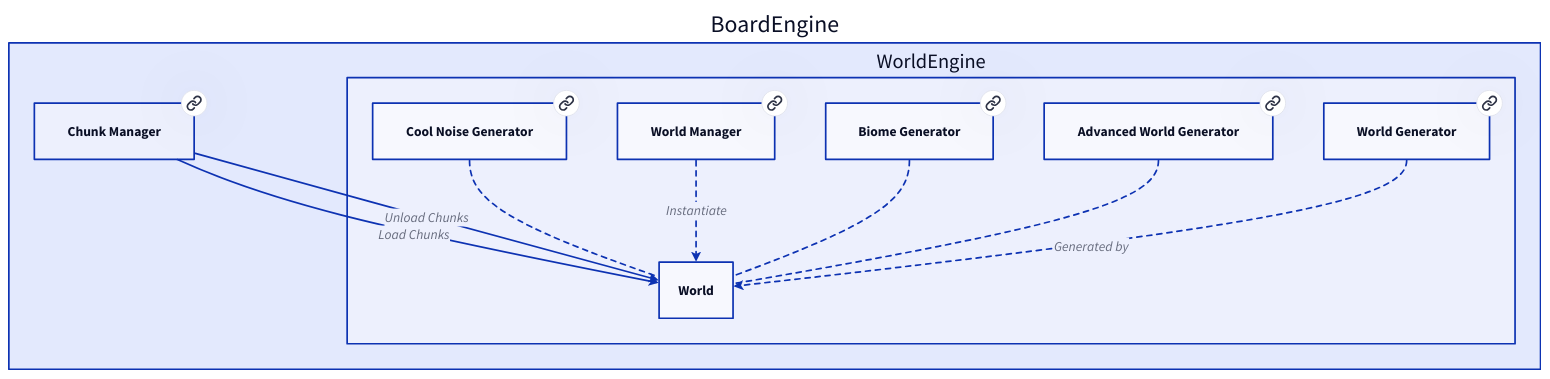
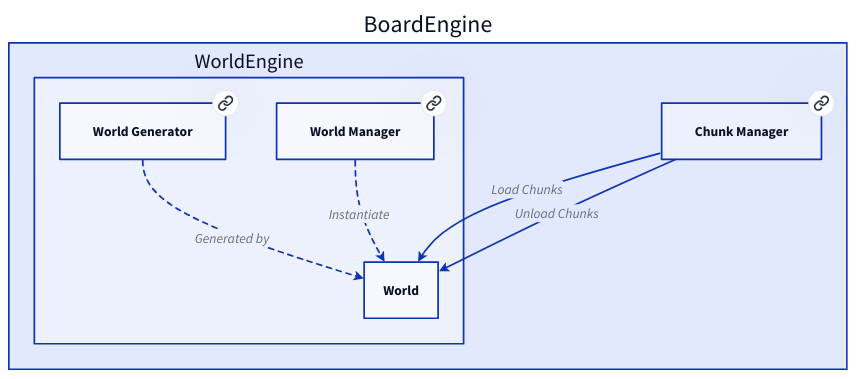
Before and after one commit to Portevent/Brume-Website: the diagram in content/doc/graphs/d2/World.d2, drawn with D2. The commit also changed 128 other files, not shown here.

```diff
--- a/content/doc/graphs/d2/World.d2
+++ b/content/doc/graphs/d2/World.d2
@@ -1,44 +1,32 @@
 # Nodes :
 BoardEngine: {
-    ChunkManager: Chunk Manager {
-       link: ChunkManager
-    }
     WorldEngine: {
-        CoolNoiseGenerator: Cool Noise Generator {
-           link: CoolNoiseGenerator
-        }
         WorldManager: World Manager {
            link: WorldManager
-        }
-        BiomeGenerator: Biome Generator {
-           link: BiomeGenerator
-        }
-        AdvancedWorldGenerator: Advanced World Generator {
-           link: AdvancedWorldGenerator
         }
         WorldGenerator: World Generator {
            link: WorldGenerator
         }
     }
+    ChunkManager: Chunk Manager {
+       link: ChunkManager
+    }
 }
 
 # Links :
-BoardEngine.WorldEngine.CoolNoiseGenerator -- BoardEngine.WorldEngine.World: {style.stroke-dash: 3}
-BoardEngine.WorldEngine.BiomeGenerator -- BoardEngine.WorldEngine.World: {style.stroke-dash: 3}
-BoardEngine.WorldEngine.AdvancedWorldGenerator -- BoardEngine.WorldEngine.World: {style.stroke-dash: 3}
+BoardEngine.WorldEngine.WorldGenerator -> BoardEngine.WorldEngine.World: Generated by {style.stroke-dash: 3
+source-arrowhead: {}
+target-arrowhead: {shape: arrow}
+}
+BoardEngine.WorldEngine.WorldManager -> BoardEngine.WorldEngine.World: Instantiate {style.stroke-dash: 3
+source-arrowhead: {}
+target-arrowhead: {shape: arrow}
+}
 BoardEngine.ChunkManager -> BoardEngine.WorldEngine.World: Load Chunks {
 source-arrowhead: {}
 target-arrowhead: {shape: arrow}
 }
 BoardEngine.ChunkManager -> BoardEngine.WorldEngine.World: Unload Chunks {
 source-arrowhead: {}
 target-arrowhead: {shape: arrow}
 }
-BoardEngine.WorldEngine.WorldGenerator -> BoardEngine.WorldEngine.World: Generated by {style.stroke-dash: 3
-source-arrowhead: {}
-target-arrowhead: {shape: arrow}
-}
-BoardEngine.WorldEngine.WorldManager -> BoardEngine.WorldEngine.World: Instantiate {style.stroke-dash: 3
-source-arrowhead: {}
-target-arrowhead: {shape: arrow}
-}
```
